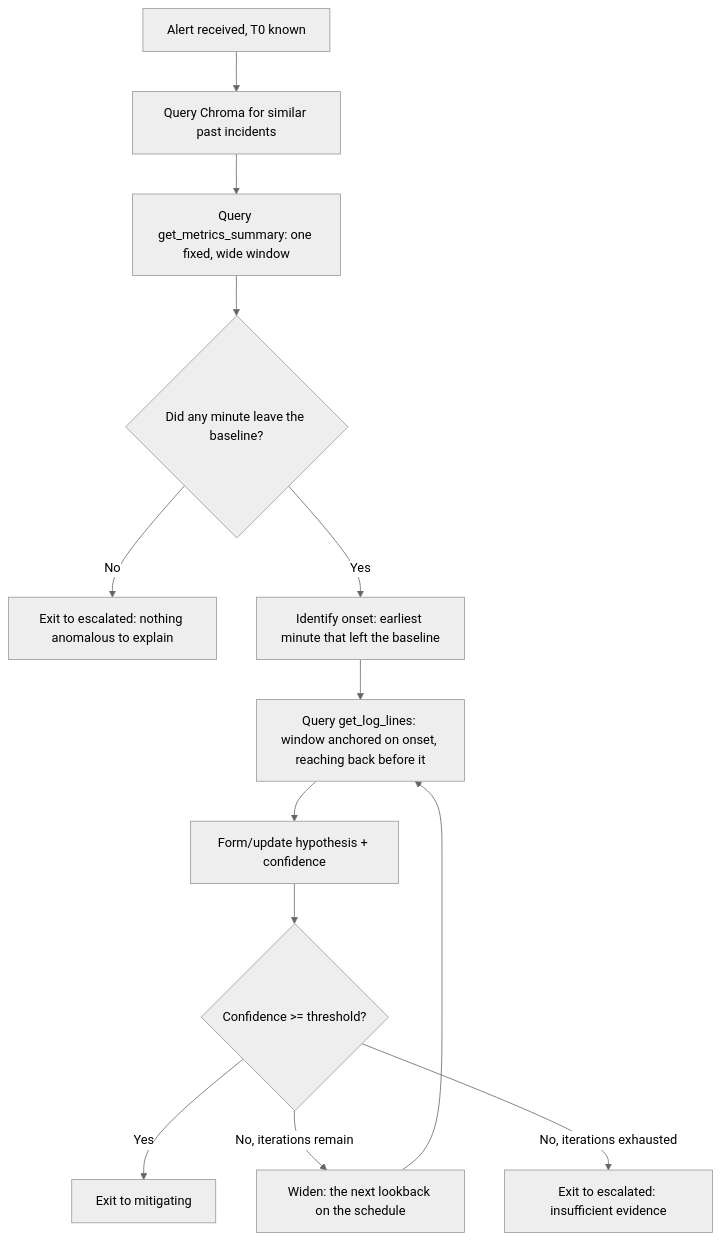
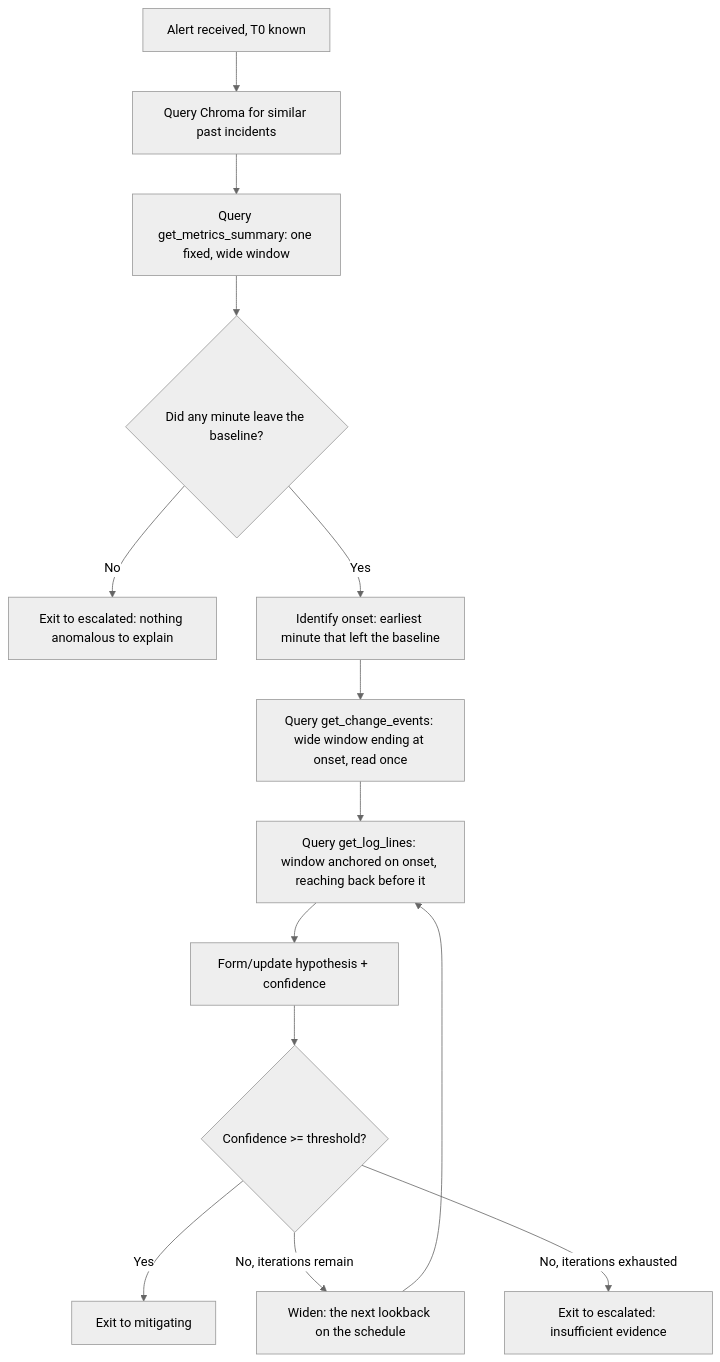
The second of 5 diagrams in docs/spec-and-architecture.md (ohadraz/Argus), drawn with Mermaid (neutral theme) before and after one commit. The commit also changed other lines of this file and 43 other files, not shown here.

Commit message:
what changed is its own retrieval channel, read once over a window wider than any log's

````diff
--- a/docs/spec-and-architecture.md
+++ b/docs/spec-and-architecture.md
@@ -191,15 +191,16 @@
 ```mermaid
 flowchart TD
     A[Alert received, T0 known] --> B[Query Chroma for similar past incidents]
     B --> C[Query get_metrics_summary: one fixed, wide window]
     C --> D{Did any minute leave the baseline?}
     D -->|No| K[Exit to escalated: nothing anomalous to explain]
     D -->|Yes| E[Identify onset: earliest minute that left the baseline]
-    E --> F[Query get_log_lines: window anchored on onset, reaching back before it]
+    E --> M[Query get_change_events: wide window ending at onset, read once]
+    M --> F[Query get_log_lines: window anchored on onset, reaching back before it]
     F --> G[Form/update hypothesis + confidence]
     G --> H{Confidence >= threshold?}
     H -->|Yes| I[Exit to mitigating]
     H -->|No, iterations remain| J[Widen: the next lookback on the schedule]
     J --> F
     H -->|No, iterations exhausted| L[Exit to escalated: insufficient evidence]
 ```
````
